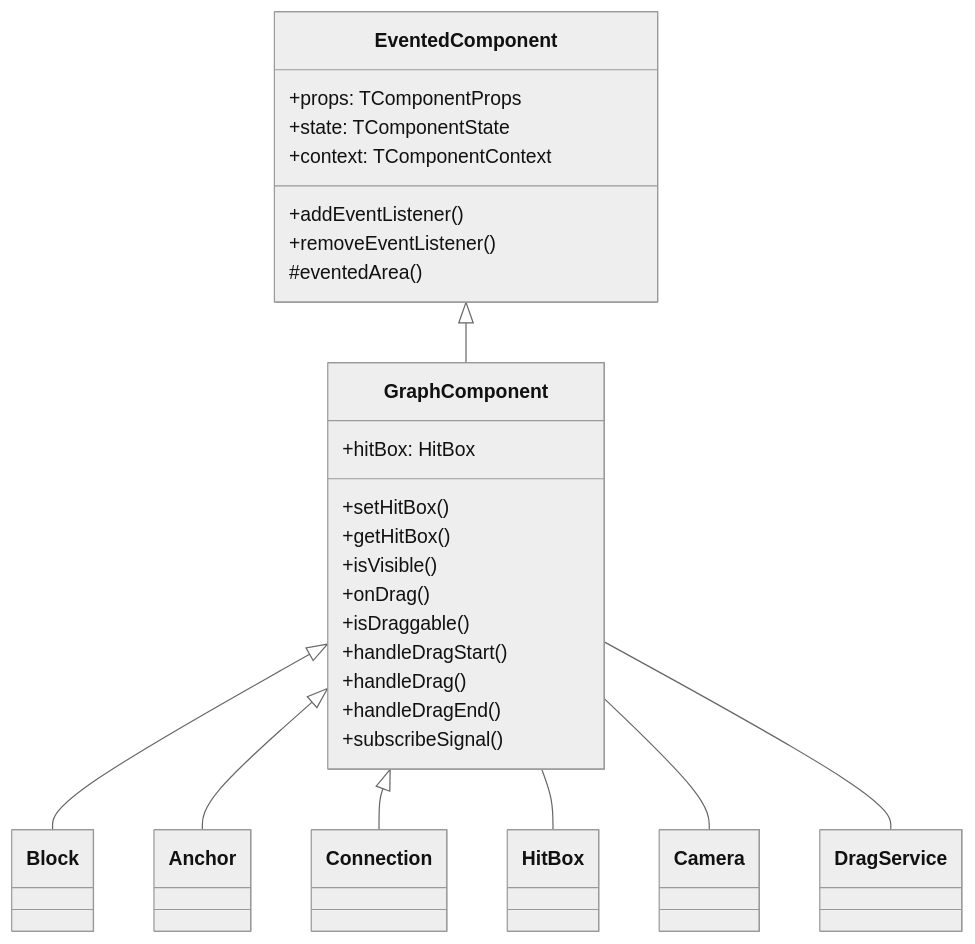
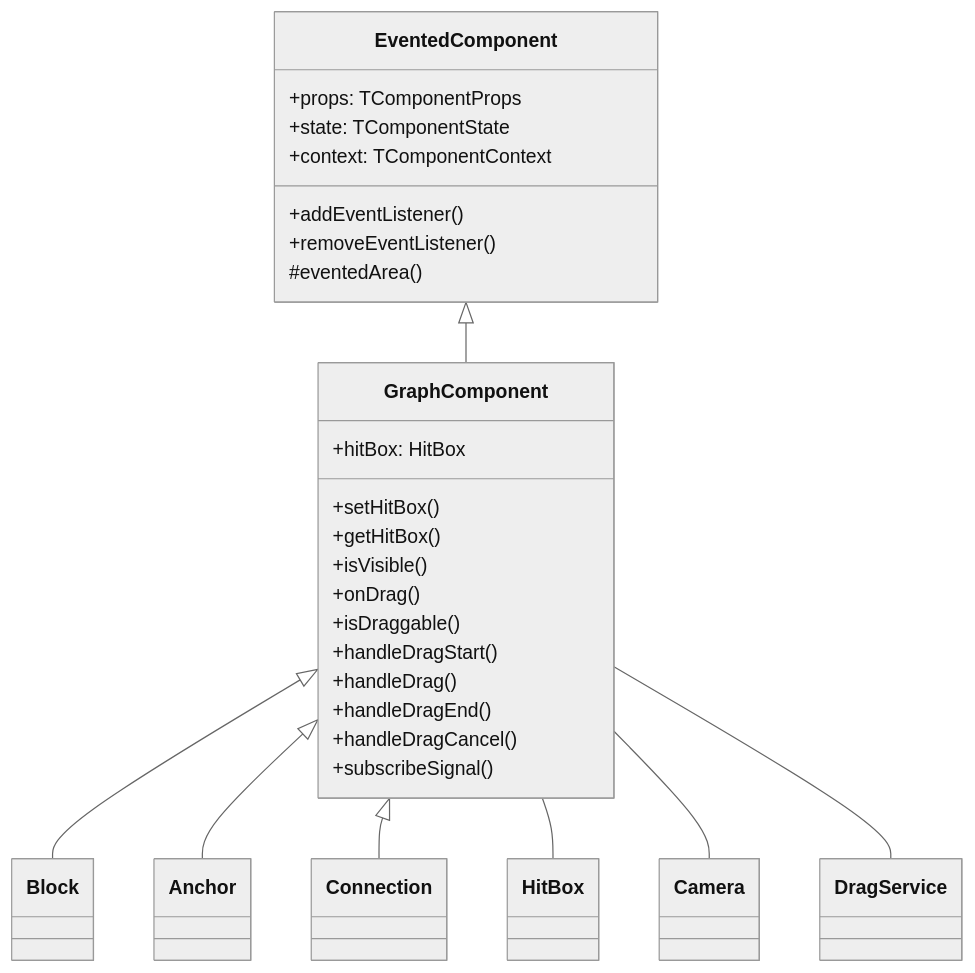
Before and after one commit to gravity-ui/graph: the first of 2 diagrams in docs/components/canvas-graph-component.md, drawn with Mermaid (neutral theme). The commit also changed 21 other files, not shown here.

````diff
--- a/docs/components/canvas-graph-component.md
+++ b/docs/components/canvas-graph-component.md
@@ -9,32 +9,33 @@
 ```mermaid
 classDiagram
     EventedComponent <|-- GraphComponent
     GraphComponent <|-- Block
     GraphComponent <|-- Anchor
     GraphComponent <|-- Connection
     GraphComponent -- HitBox
     GraphComponent -- Camera
     GraphComponent -- DragService
     
     class EventedComponent {
         +props: TComponentProps
         +state: TComponentState
         +context: TComponentContext
         +addEventListener()
         +removeEventListener()
         #eventedArea()
     }
     
     class GraphComponent {
         +hitBox: HitBox
         +setHitBox()
         +getHitBox()
         +isVisible()
         +onDrag()
         +isDraggable()
         +handleDragStart()
         +handleDrag()
         +handleDragEnd()
+        +handleDragCancel()
         +subscribeSignal()
     }
 ```
````
